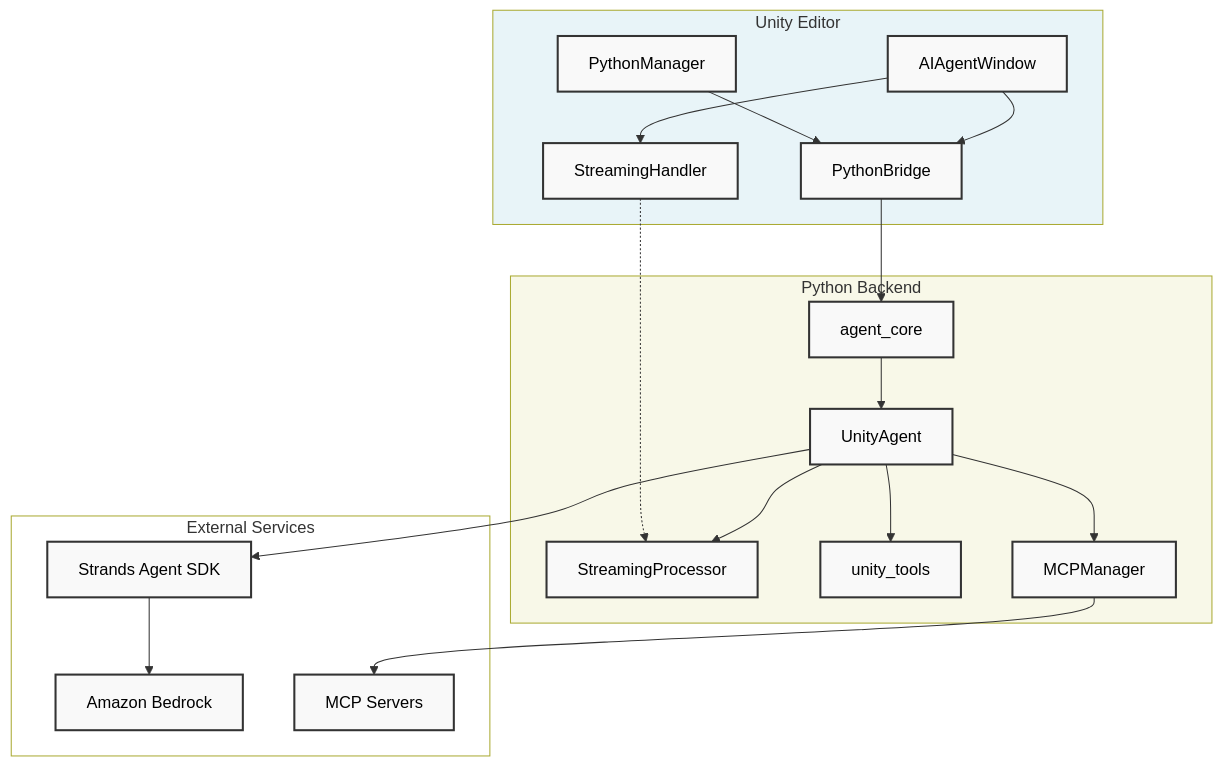
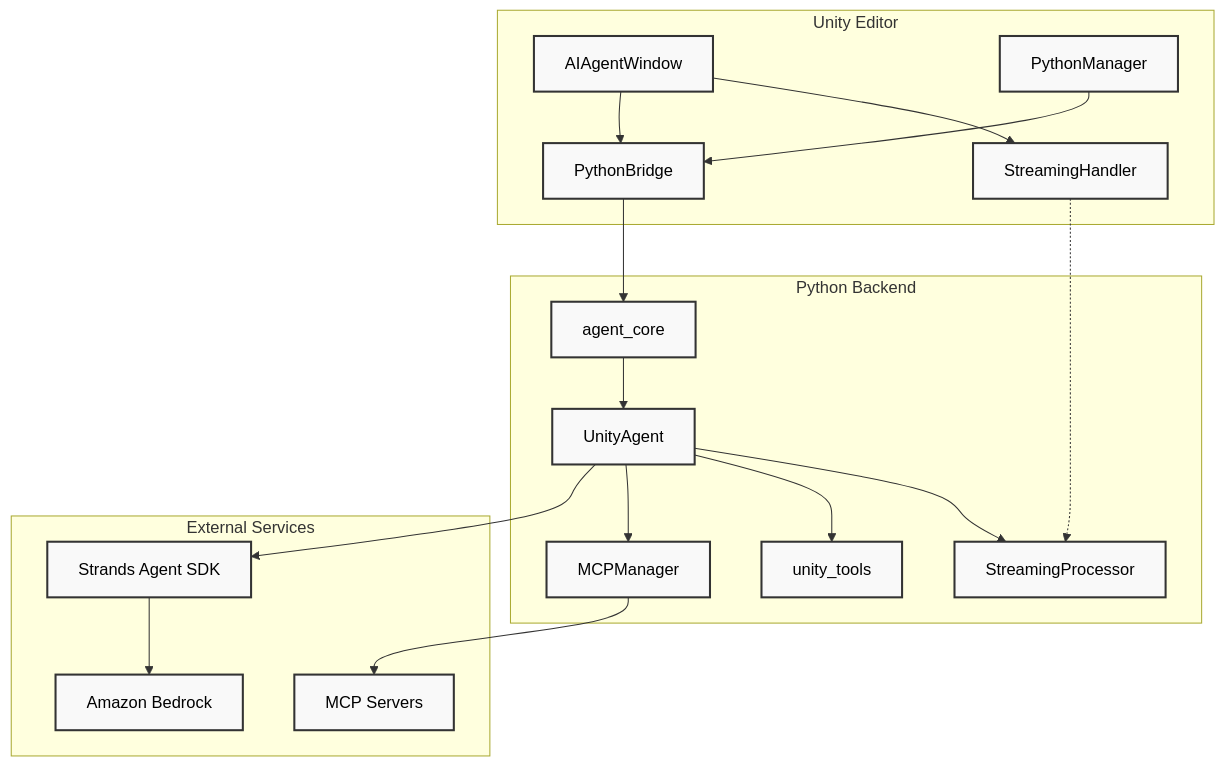
Before and after one commit to ddpie/unity-strands-agent: the first of 2 diagrams in README.md, drawn with Mermaid. The commit also changed other lines of this file, not shown here.

Commit message:
update README to clarify system architecture by correcting component relationships and enhancing bilingual documentation; ensure consistent representation of the Unity Strands Agent's structure

````diff
--- a/README.md
+++ b/README.md
@@ -19,43 +19,39 @@
 ```mermaid
 graph TB
     subgraph Unity[Unity Editor]
         UI[AIAgentWindow]
+        SH[StreamingHandler]
         PB[PythonBridge]
         PM[PythonManager]
-        SH[StreamingHandler]
     end
     
     subgraph Python[Python Backend]
         AC[agent_core]
         UA[UnityAgent]
         SP[StreamingProcessor]
         UT[unity_tools]
         MM[MCPManager]
     end
     
     subgraph External[External Services]
+        SDK[Strands Agent SDK]
         AWS[Amazon Bedrock]
         MCP[MCP Servers]
-        SDK[Strands Agent SDK]
     end
     
+    UI --> SH
     UI --> PB
-    UI --> SH
+    PM --> PB
     PB --> AC
-    PM --> PB
     AC --> UA
     UA --> SP
     UA --> UT
     UA --> MM
     UA --> SDK
     SDK --> AWS
     MM --> MCP
     SH -.-> SP
     
     classDef default fill:#f9f9f9,stroke:#333,stroke-width:2px,color:#000
     classDef external fill:#fff,stroke:#666,stroke-width:2px,color:#000
-    
-    style Unity fill:#e8f4f8
-    style Python fill:#f8f8e8
-    style External fill:#fff
 ```
````
